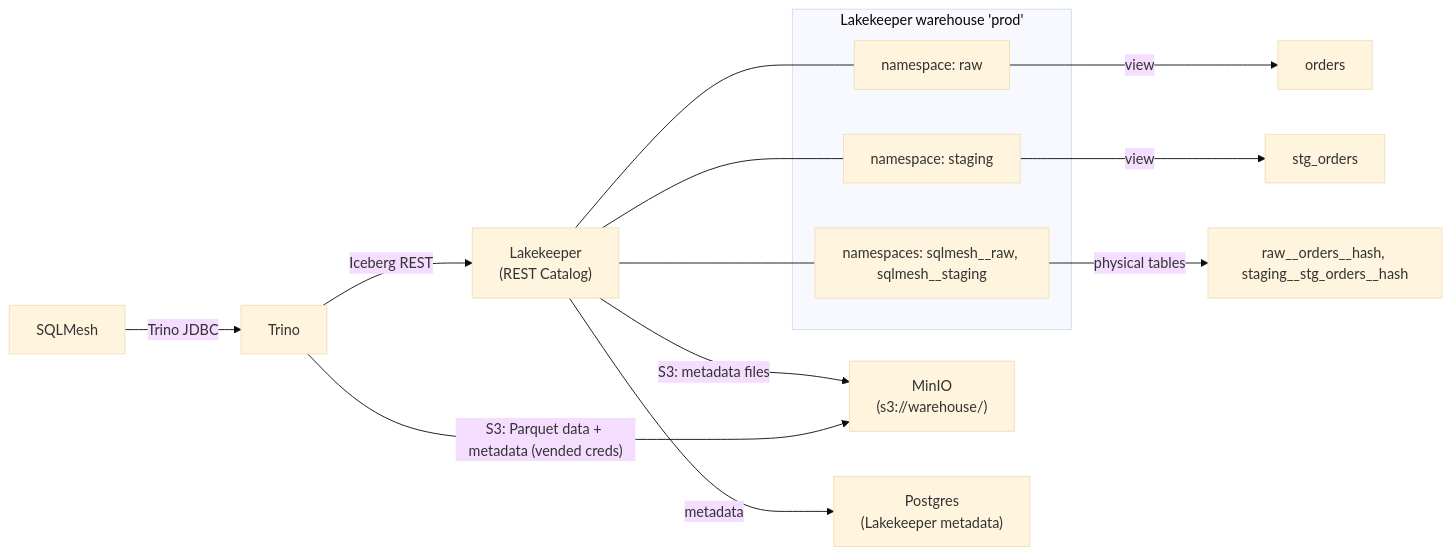
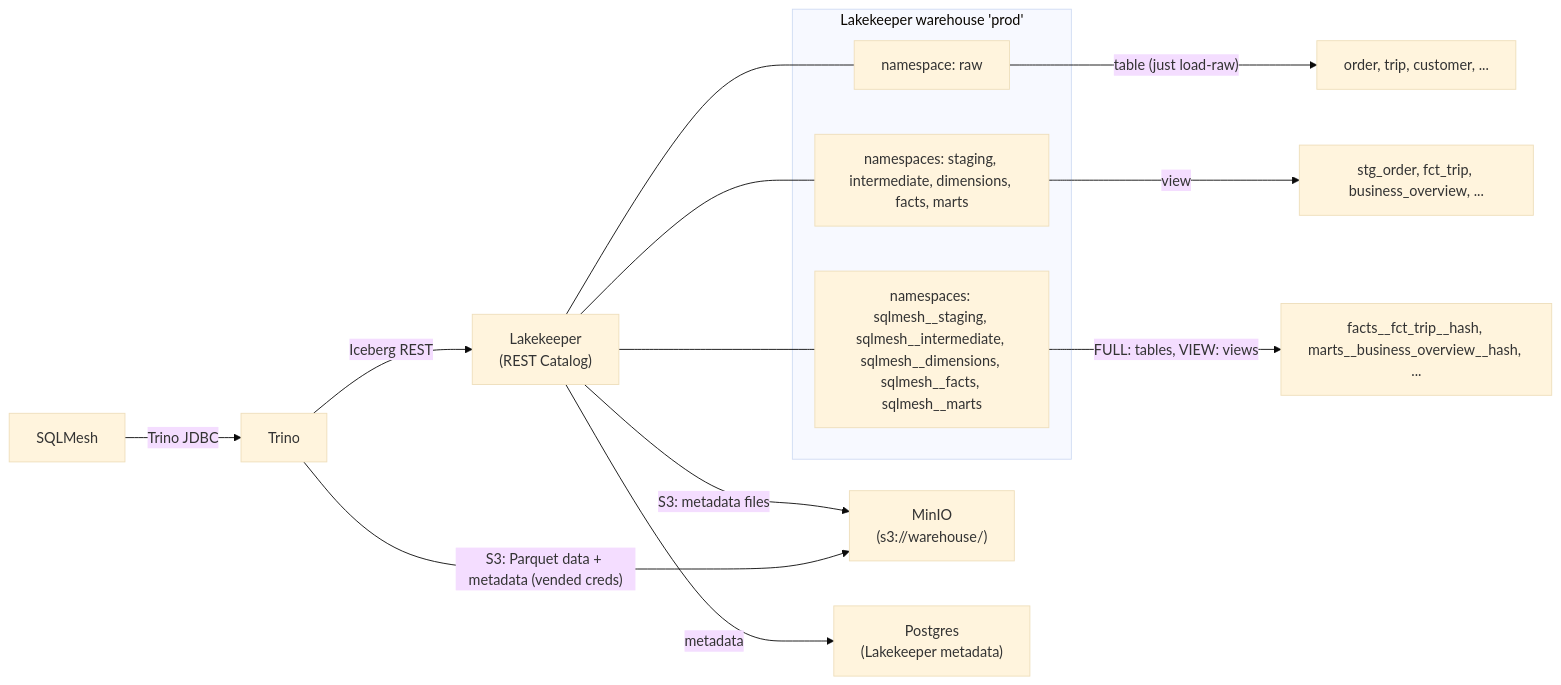
Before and after one commit to KikeSenpai/iceberg-analytics-engineering-template: the diagram in README.md, drawn with Mermaid (base theme). The commit also changed other lines of this file and 49 other files, not shown here.

````diff
--- a/README.md
+++ b/README.md
@@ -148,26 +161,26 @@
 ```mermaid
 graph LR
     sqlmesh["SQLMesh"]
     trino["Trino"]
     lakekeeper["Lakekeeper\n(REST Catalog)"]
     minio["MinIO\n(s3://warehouse/)"]
     postgres["Postgres\n(Lakekeeper metadata)"]
 
     sqlmesh -- "Trino JDBC" --> trino
     trino -- "Iceberg REST" --> lakekeeper
     lakekeeper -- "metadata" --> postgres
     trino -- "S3: Parquet data + metadata (vended creds)" --> minio
     lakekeeper -- "S3: metadata files" --> minio
 
     subgraph "Lakekeeper warehouse 'prod'"
         ns_raw["namespace: raw"]
-        ns_staging["namespace: staging"]
-        ns_phys["namespaces: sqlmesh__raw, sqlmesh__staging"]
+        ns_logical["namespaces: staging, intermediate, dimensions, facts, marts"]
+        ns_phys["namespaces: sqlmesh__staging, sqlmesh__intermediate, sqlmesh__dimensions, sqlmesh__facts, sqlmesh__marts"]
     end
     lakekeeper --- ns_raw
-    lakekeeper --- ns_staging
+    lakekeeper --- ns_logical
     lakekeeper --- ns_phys
-    ns_raw -- "view" --> tbl_orders["orders"]
-    ns_staging -- "view" --> tbl_stg["stg_orders"]
-    ns_phys -- "physical tables" --> tbl_phys["raw__orders__hash, staging__stg_orders__hash"]
+    ns_raw -- "table (just load-raw)" --> tbl_raw["order, trip, customer, ..."]
+    ns_logical -- "view" --> tbl_views["stg_order, fct_trip, business_overview, ..."]
+    ns_phys -- "FULL: tables, VIEW: views" --> tbl_phys["facts__fct_trip__hash, marts__business_overview__hash, ..."]
 ```
````
